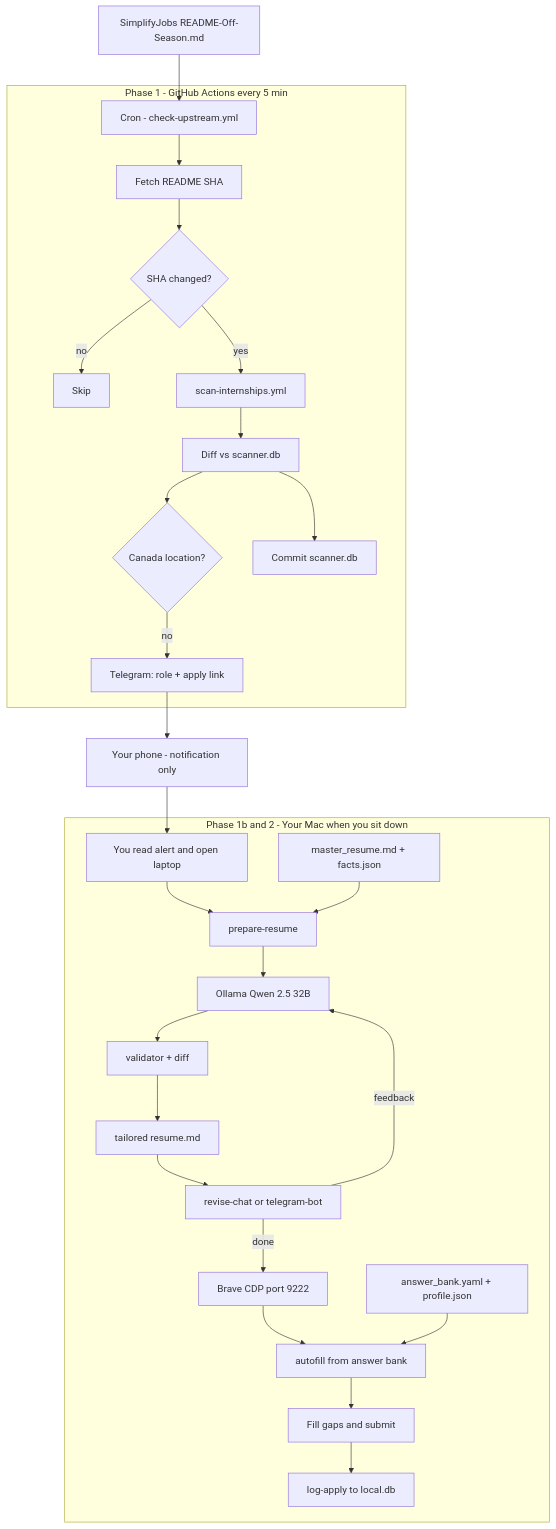
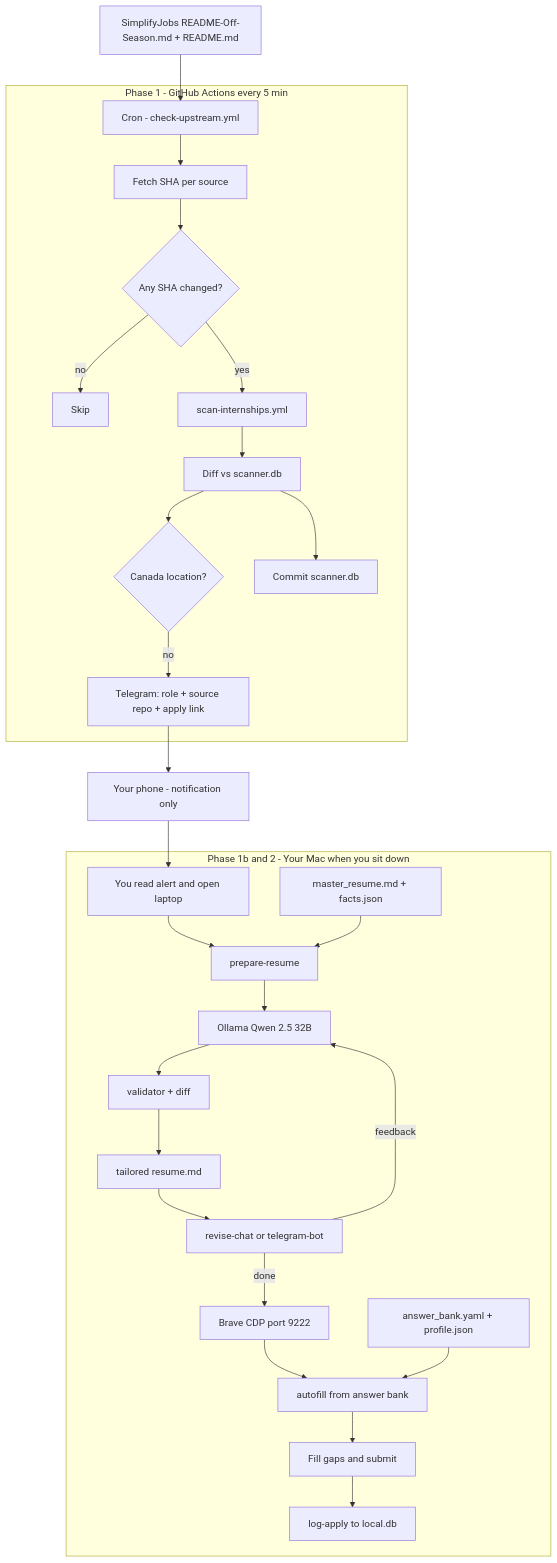
One commit to AnushSonone/job-apply-assistant changed the diagram in README.md. Above: the diagram before and after it, drawn with Mermaid. The commit also changed other lines of this file and 11 other files, not shown here.

````diff
--- a/README.md
+++ b/README.md
@@ -9,46 +21,46 @@
 ```mermaid
 flowchart TB
-    SJ[SimplifyJobs README-Off-Season.md]
+    SJ[SimplifyJobs README-Off-Season.md + README.md]
 
     subgraph CI[Phase 1 - GitHub Actions every 5 min]
         CRON[Cron - check-upstream.yml]
-        SHA[Fetch README SHA]
-        CHANGED{SHA changed?}
+        SHA[Fetch SHA per source]
+        CHANGED{Any SHA changed?}
         SKIP[Skip]
         SCAN[scan-internships.yml]
         DIFF[Diff vs scanner.db]
         FILTER{Canada location?}
-        ALERT[Telegram: role + apply link]
+        ALERT[Telegram: role + source repo + apply link]
         COMMIT[Commit scanner.db]
     end
 
     PHONE[Your phone - notification only]
 
     subgraph LAPTOP[Phase 1b and 2 - Your Mac when you sit down]
         START[You read alert and open laptop]
         PREP[prepare-resume]
         OLLAMA[Ollama Qwen 2.5 32B]
         MASTER[master_resume.md + facts.json]
         VALID[validator + diff]
         RESUME[tailored resume.md]
         REVISE[revise-chat or telegram-bot]
         BRAVE[Brave CDP port 9222]
         AUTO[autofill from answer bank]
         BANK[answer_bank.yaml + profile.json]
         MANUAL[Fill gaps and submit]
         LOG[log-apply to local.db]
 
         START --> PREP --> OLLAMA --> VALID --> RESUME --> REVISE
         REVISE -->|feedback| OLLAMA
         REVISE -->|done| BRAVE --> AUTO --> MANUAL --> LOG
         MASTER --> PREP
         BANK --> AUTO
     end
 
     SJ --> CRON --> SHA --> CHANGED
     CHANGED -->|no| SKIP
     CHANGED -->|yes| SCAN --> DIFF --> COMMIT
     DIFF --> FILTER
     FILTER -->|no| ALERT --> PHONE
     PHONE --> START
 ```
````
